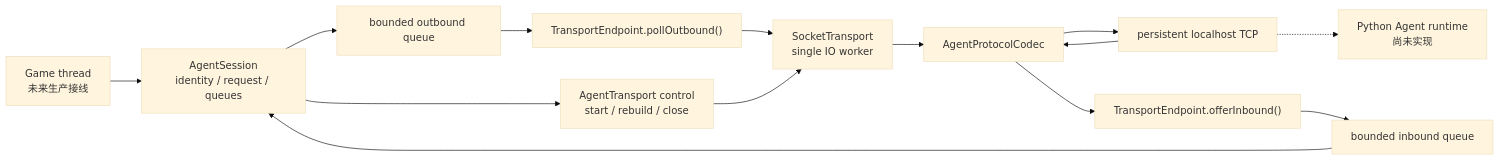
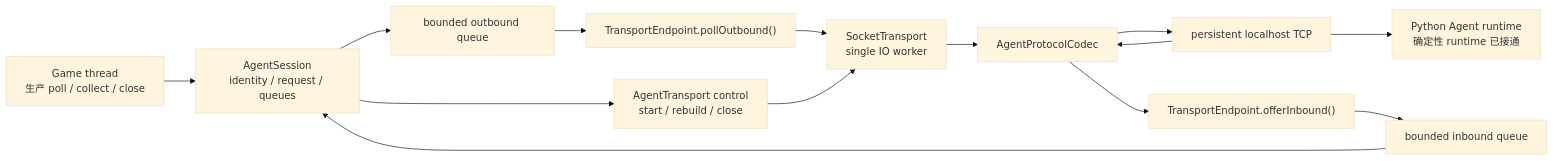
One commit to ericdonno/cs61b-std changed the first of 8 diagrams in proj2/socket.md. Above: the diagram before and after it, drawn with Mermaid (base theme). The commit also changed other lines of this file and 30 other files, not shown here.

Commit message:
Refactor DungeonMind architecture and remove legacy code

````diff
--- a/proj2/socket.md
+++ b/proj2/socket.md
@@ -117,20 +148,20 @@
 ```mermaid
 flowchart LR
-    GAME["Game thread<br/>未来生产接线"] --> SESSION["AgentSession<br/>identity / request / queues"]
+    GAME["Game thread<br/>生产 poll / collect / close"] --> SESSION["AgentSession<br/>identity / request / queues"]
 
     SESSION --> OUT["bounded outbound queue"]
     IN["bounded inbound queue"] --> SESSION
 
     SESSION --> CONTROL["AgentTransport control<br/>start / rebuild / close"]
     OUT --> ENDPOINT["TransportEndpoint.pollOutbound()"]
     ENDPOINT --> WORKER["SocketTransport<br/>single IO worker"]
     CONTROL --> WORKER
 
     WORKER --> CODEC["AgentProtocolCodec"]
     CODEC --> SOCKET["persistent localhost TCP"]
     SOCKET --> CODEC
     CODEC --> OFFER["TransportEndpoint.offerInbound()"]
     OFFER --> IN
 
-    SOCKET -.-> PY["Python Agent runtime<br/>尚未实现"]
+    SOCKET --> PY["Python Agent runtime<br/>确定性 runtime 已接通"]
 ```
````
